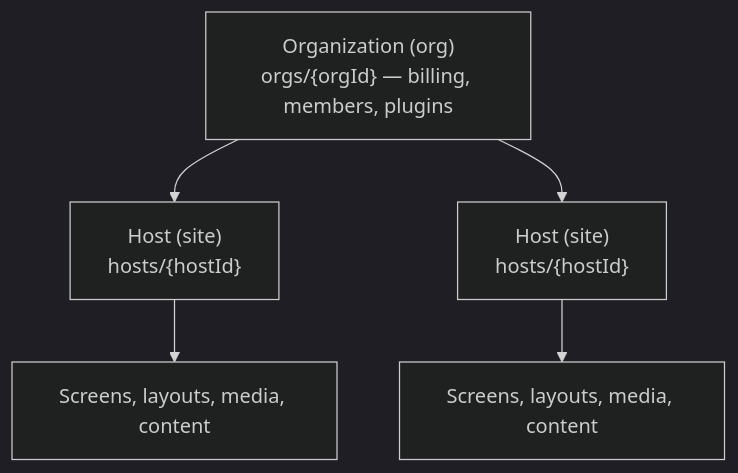
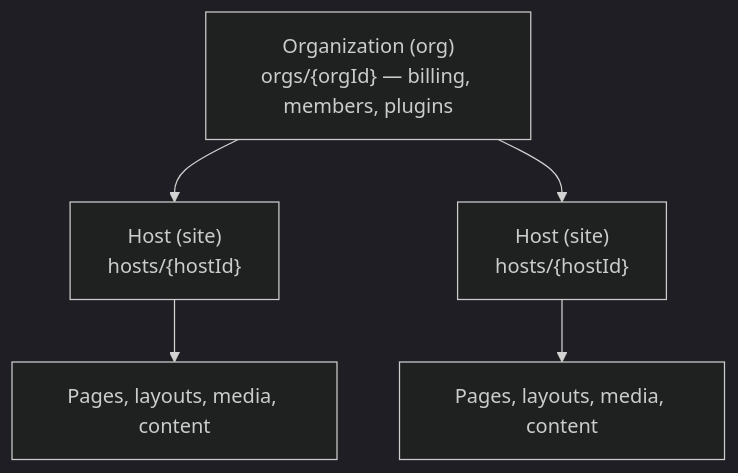
Before and after one commit to aglyn/aglyn: the diagram in apps/docs/docs/concepts/glossary.md, drawn with Mermaid (dark theme). The commit also changed other lines of this file and 319 other files, not shown here.

First line of the commit message:
feat(copy): screens are called pages everywhere a person reads the word (AGL-3430)

````diff
--- a/apps/docs/docs/concepts/glossary.md
+++ b/apps/docs/docs/concepts/glossary.md
@@ -18,8 +18,8 @@
 ```mermaid
 flowchart TD
   Org["Organization (org)<br/>orgs/{orgId} — billing, members, plugins"]
   Org --> H1["Host (site)<br/>hosts/{hostId}"]
   Org --> H2["Host (site)<br/>hosts/{hostId}"]
-  H1 --> S1["Screens, layouts, media, content"]
-  H2 --> S2["Screens, layouts, media, content"]
+  H1 --> S1["Pages, layouts, media, content"]
+  H2 --> S2["Pages, layouts, media, content"]
 ```
````
